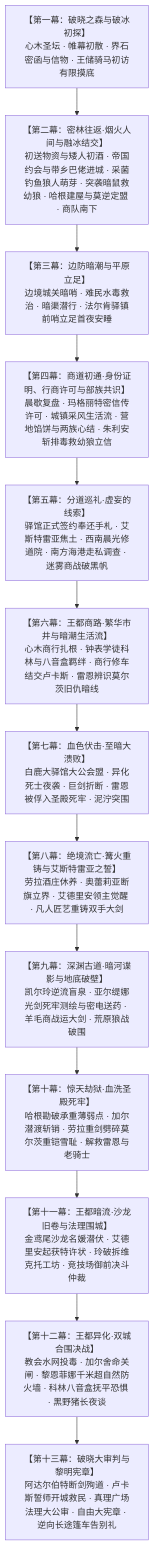
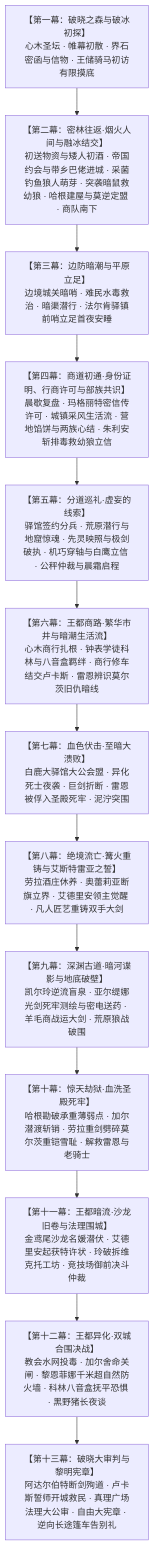
One commit to soranokiseki1437/eldoria-worldbook changed the diagram in 方案/第二部/README.md. Above: the diagram before and after it, drawn with Mermaid. The commit also changed other lines of this file and 41 other files, not shown here.

````diff
--- a/方案/第二部/README.md
+++ b/方案/第二部/README.md
@@ -12,18 +12,18 @@
 ```mermaid
 graph TD
     M1["【第一幕：破晓之森与破冰初探】<br/>心木圣坛 · 帷幕初散 · 界石密函与信物 · 王储骑马初访有限摸底"]
     M2["【第二幕：密林往返·烟火人间与融冰结交】<br/>初送物资与矮人初酒 · 帝国约会与带乡巴佬进城 · 采菌钓鱼狼人萌芽 · 突袭暗鼠救幼狼 · 哈根建屋与莫逆定盟 · 商队南下"]
     M3["【第三幕：边防暗潮与平原立足】<br/>边境城关暗哨 · 难民水毒救治 · 暗渠潜行 · 法尔肯驿镇前哨立足首夜安睡"]
     M4["【第四幕：商道初通·身份证明、行商许可与部族共识】<br/>晨歇复盘 · 玛格丽特密信传许可 · 城镇采风生活流 · 营地馅饼与两族心结 · 朱利安斩排毒救幼狼立信"]
-    M5["【第五幕：分道巡礼·虚妄的线索】<br/>驿馆正式签约奉还手札 · 艾斯特雷亚焦土 · 西南晨光修道院 · 南方海港走私调查 · 迷雾商战破黑帆"]
+    M5["【第五幕：分道巡礼·虚妄的线索】<br/>驿馆签约分兵 · 荒原潜行与地窟惊魂 · 先灵映照与极剑破执 · 机巧穿轴与白鹰立信 · 公秤仲裁与晨霜启程"]
     M6["【第六幕：王都商路·繁华市井与暗潮生活流】<br/>心木商行扎根 · 钟表学徒科林与八音盒羁绊 · 商行修车结交卢卡斯 · 雷恩辨识莫尔茨旧仇暗线"]
     M7["【第七幕：血色伏击·至暗大溃败】<br/>白鹿大驿馆大公会盟 · 异化死士夜袭 · 巨剑折断 · 雷恩被俘入圣殿死牢 · 泥泞突围"]
     M8["【第八幕：绝境流亡·篝火重铸与艾斯特雷亚之誓】<br/>劳拉酒庄休养 · 奥蕾莉亚断旗立界 · 艾德里安领主觉醒 · 凡人匠艺重铸双手大剑"]
     M9["【第九幕：深渊古道·暗河谍影与地底破壁】<br/>凯尔玲逆流盲泉 · 亚尔缇娜光剑死牢测绘与密电送药 · 羊毛商战运大剑 · 荒原狼战破围"]
     M10["【第十幕：惊天劫狱·血洗圣殿死牢】<br/>哈根勘破承重薄弱点 · 加尔潜渡斩销 · 劳拉重剑劈碎莫尔茨重铠雪耻 · 解救雷恩与老骑士"]
     M11["【第十一幕：王都暗流·沙龙旧卷与法理围城】<br/>金鸢尾沙龙名媛潜伏 · 艾德里安起获特许状 · 玲破拆维克托工坊 · 竞技场御前决斗仲裁"]
     M12["【第十二幕：王都异化·双城合围决战】<br/>教会水网投毒 · 加尔舍命关闸 · 黎恩菲娜千米超自然防火墙 · 科林八音盒抚平恐惧 · 黑野猪长夜谈"]
     M13["【第十三幕：破晓大审判与黎明宪章】<br/>阿达尔伯特断剑殉道 · 卢卡斯誓师开城救民 · 真理广场法理大公审 · 自由大宪章 · 逆向长途篷车告别礼"]
 
     M1 --> M2 --> M3 --> M4 --> M5 --> M6 --> M7 --> M8 --> M9 --> M10 --> M11 --> M12 --> M13
 ```
````
